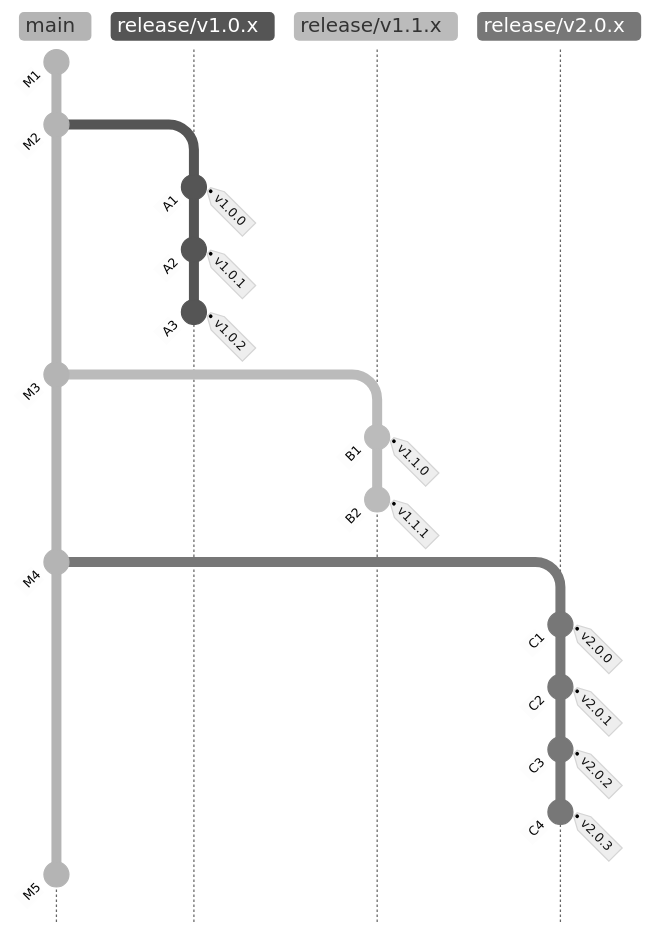
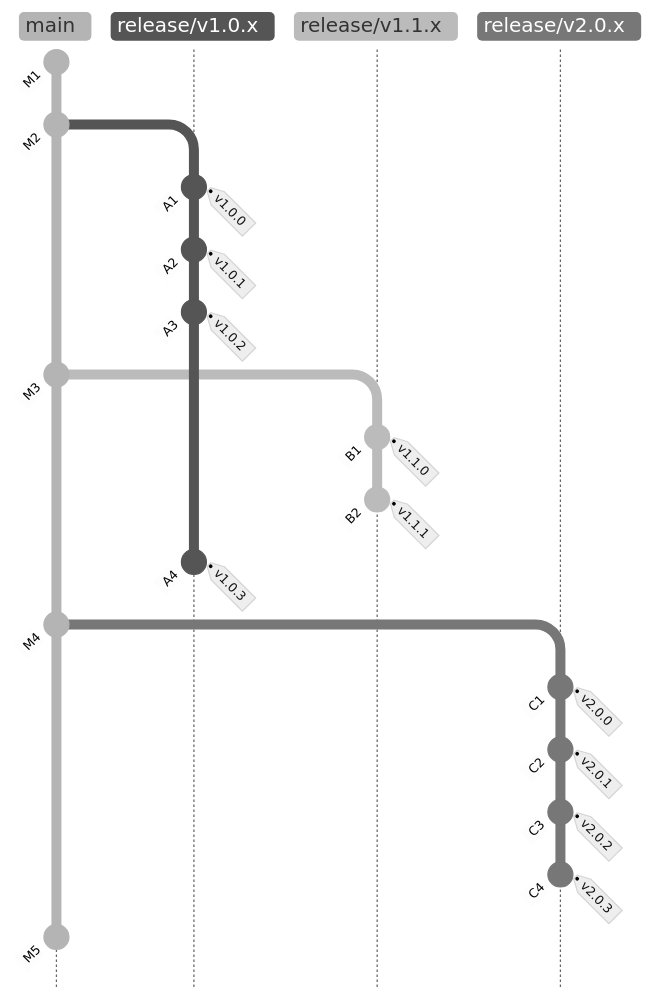
Before and after one commit to CosmWasm/maintainers: the second of 3 diagrams in docs/development/development-process.md, drawn with Mermaid (neutral theme). The commit also changed other lines of this file, not shown here.

````diff
--- a/docs/development/development-process.md
+++ b/docs/development/development-process.md
@@ -35,23 +35,25 @@
 ```mermaid
 gitGraph TB:
        commit id:"M1"
        commit id:"M2"
        branch release/v1.0.x
        commit id:"A1" tag:"v1.0.0"
        commit id:"A2" tag:"v1.0.1"
        commit id:"A3" tag:"v1.0.2"
        checkout main
        commit id:"M3"
        branch release/v1.1.x
        commit id:"B1" tag:"v1.1.0"
        commit id:"B2" tag:"v1.1.1"
+       checkout release/v1.0.x
+       commit id:"A4" tag:"v1.0.3"
        checkout main
        commit id:"M4"
        branch release/v2.0.x
        commit id:"C1" tag:"v2.0.0"
        commit id:"C2" tag:"v2.0.1"
        commit id:"C3" tag:"v2.0.2"
        commit id:"C4" tag:"v2.0.3"
        checkout main
        commit id:"M5"
 ```
````
